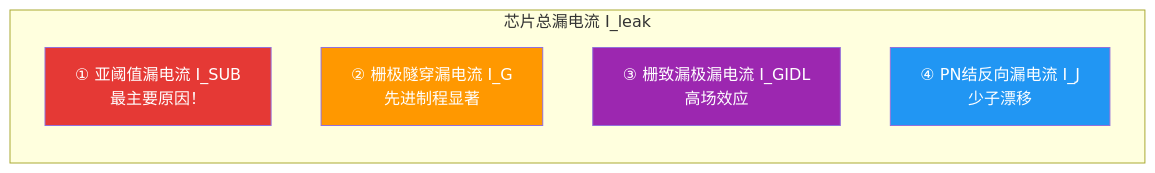
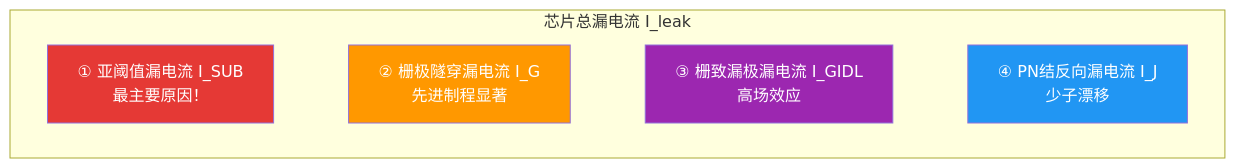
The first of 4 diagrams in 02.半导体基础/03.Leakage与ESD机制.md (iulb1/note), drawn with Mermaid before and after one commit. The commit also changed other lines of this file and 12 other files, not shown here.

````diff
--- a/02.半导体基础/03.Leakage与ESD机制.md
+++ b/02.半导体基础/03.Leakage与ESD机制.md
@@ -44,15 +44,15 @@
 ```mermaid
 flowchart TD
     subgraph total["芯片总漏电流 I_leak"]
-        direction TB
         A["① 亚阈值漏电流 I_SUB<br/>最主要原因！"]
         B["② 栅极隧穿漏电流 I_G<br/>先进制程显著"]
         C["③ 栅致漏极漏电流 I_GIDL<br/>高场效应"]
         D["④ PN结反向漏电流 I_J<br/>少子漂移"]
+        A ~~~ B ~~~ C ~~~ D
     end
 
     style A fill:#E53935,color:#fff
     style B fill:#FF9800,color:#fff
     style C fill:#9C27B0,color:#fff
     style D fill:#2196F3,color:#fff
 ```
````
